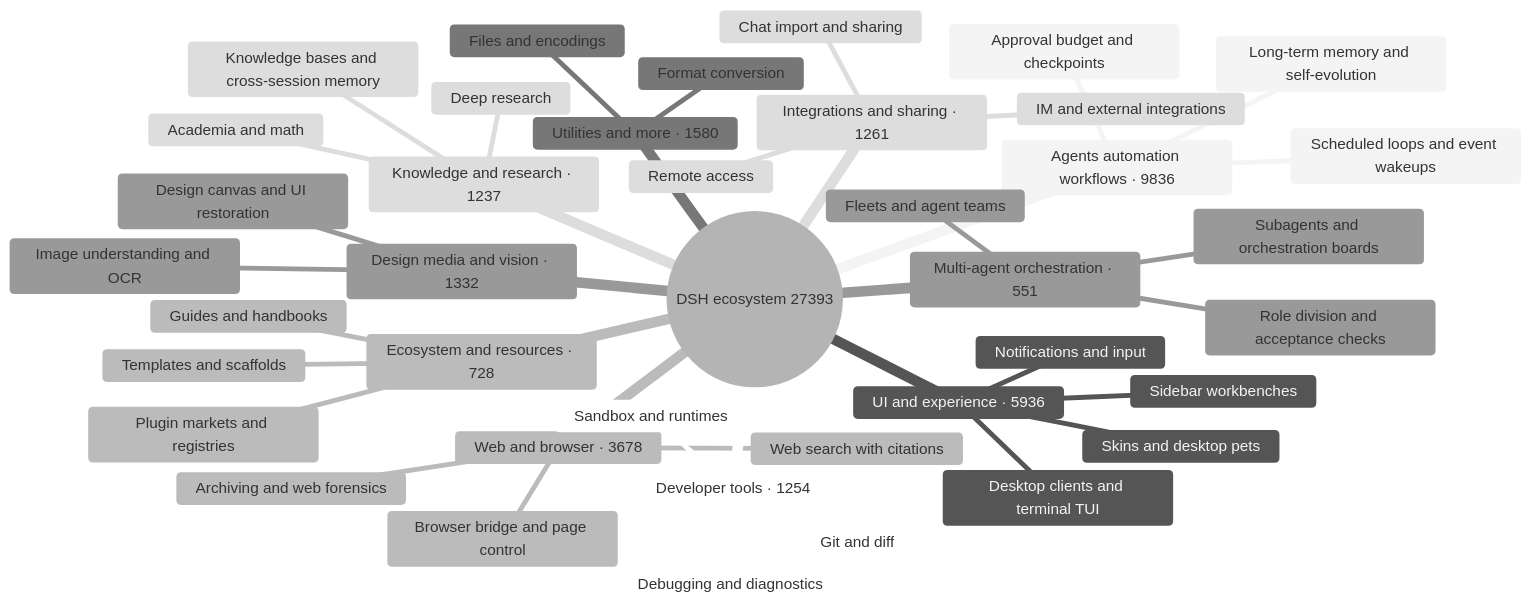
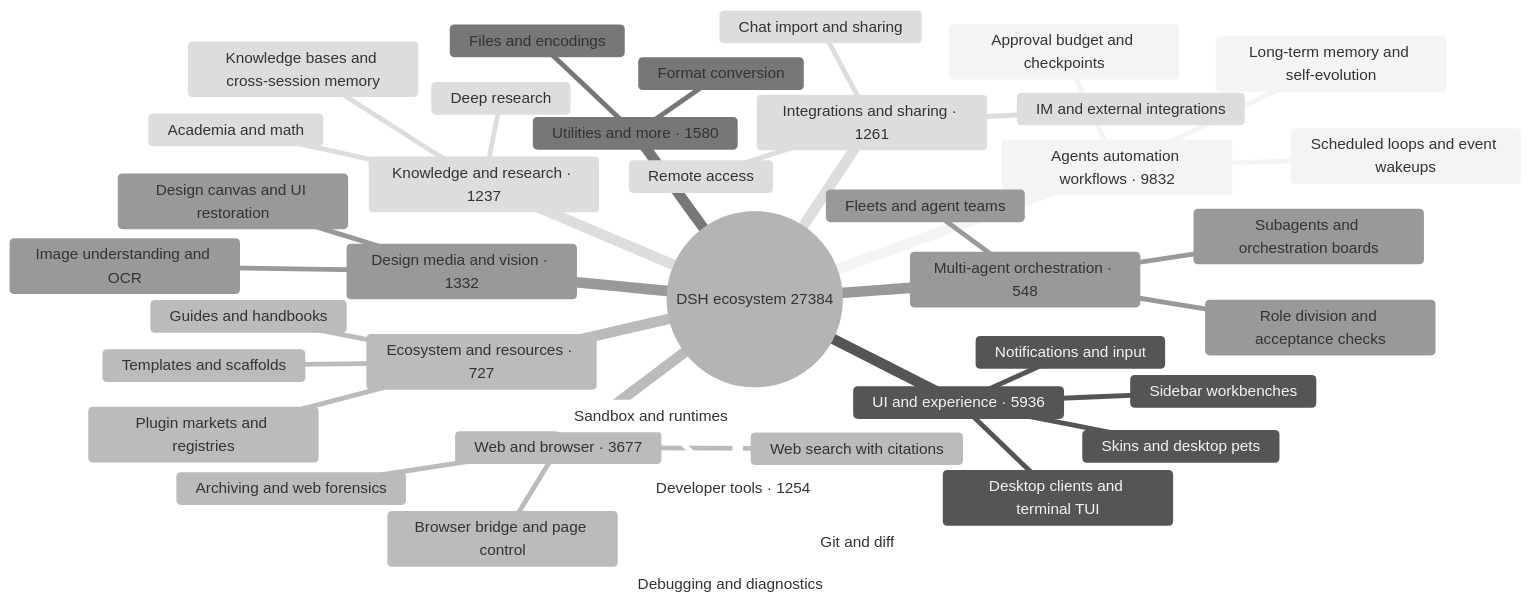
Before and after one commit to bruc3van/awesome-dsh-plugin: the diagram in README_EN.md, drawn with Mermaid (neutral theme). The commit also changed other lines of this file and 16 other files, not shown here.

````diff
--- a/README_EN.md
+++ b/README_EN.md
@@ -32,43 +32,43 @@
 ```mermaid
 mindmap
-  root((DSH ecosystem 27393))
-    Agents automation workflows · 9836
+  root((DSH ecosystem 27384))
+    Agents automation workflows · 9832
       Scheduled loops and event wakeups
       Long-term memory and self-evolution
       Approval budget and checkpoints
     UI and experience · 5936
       Desktop clients and terminal TUI
       Sidebar workbenches
       Skins and desktop pets
       Notifications and input
-    Web and browser · 3678
+    Web and browser · 3677
       Browser bridge and page control
       Web search with citations
       Archiving and web forensics
     Utilities and more · 1580
       Files and encodings
       Format conversion
     Design media and vision · 1332
       Image understanding and OCR
       Design canvas and UI restoration
     Integrations and sharing · 1261
       Chat import and sharing
       Remote access
       IM and external integrations
     Developer tools · 1254
       Git and diff
       Sandbox and runtimes
       Debugging and diagnostics
     Knowledge and research · 1237
       Knowledge bases and cross-session memory
       Deep research
       Academia and math
-    Ecosystem and resources · 728
+    Ecosystem and resources · 727
       Plugin markets and registries
       Templates and scaffolds
       Guides and handbooks
-    Multi-agent orchestration · 551
+    Multi-agent orchestration · 548
       Subagents and orchestration boards
       Fleets and agent teams
       Role division and acceptance checks
 ```
````
